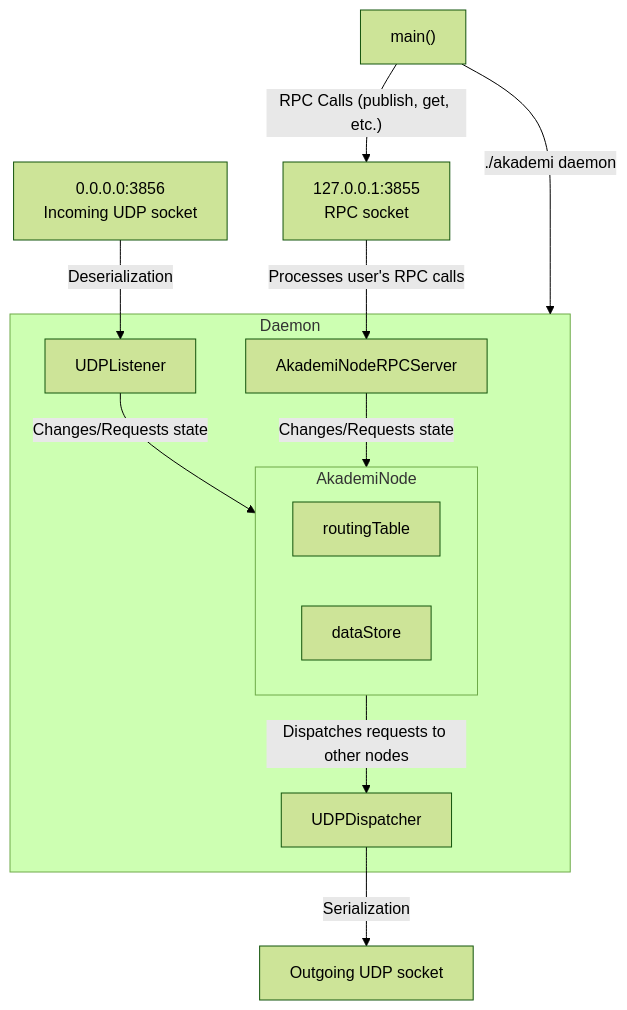
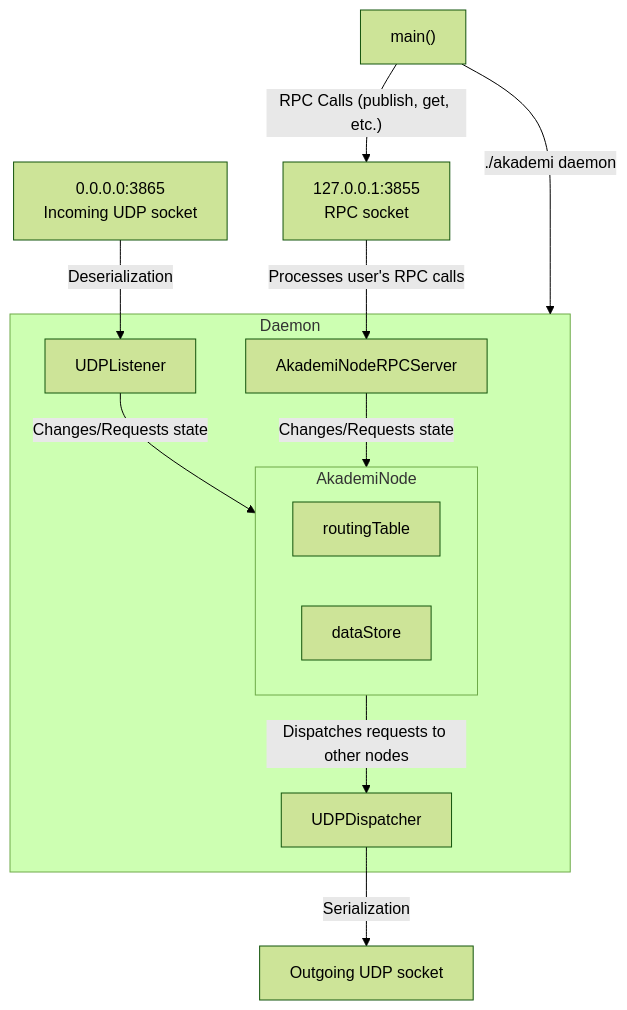
The diagram in README.md (gsergey418/akademi), drawn with Mermaid (forest theme) before and after one commit.

Commit message:
Fix port number typo in readme.

````diff
--- a/README.md
+++ b/README.md
@@ -72,19 +72,19 @@
 ```mermaid
 graph TD;
     subgraph Daemon;
     UDPListener--Changes/Requests state-->AkademiNode;
     AkademiNodeRPCServer--Changes/Requests state-->AkademiNode;
     subgraph AkademiNode
     routingTable
     dataStore
     end
     AkademiNode--Dispatches requests to other nodes-->UDPDispatcher;
     end
     UDPDispatcher--Serialization-->OutgoingSocket["Outgoing UDP socket"]
-    IncomingSocket["0.0.0.0:3856
+    IncomingSocket["0.0.0.0:3865
     Incoming UDP socket"]--Deserialization-->UDPListener
     main["main()"]--./akademi daemon-->Daemon
     main--RPC Calls (publish, get, etc.)-->RPCSocket["127.0.0.1:3855
     RPC socket"]
     RPCSocket--Processes user's RPC calls-->AkademiNodeRPCServer
 ```
````
